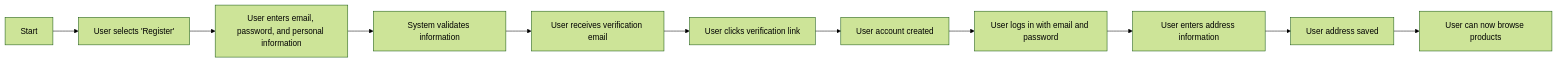
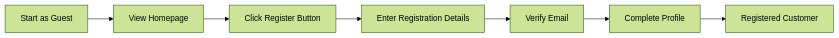
The first of 20 diagrams in mistralai/codestral-2508/shopping/docs/analysis/03-user-flows.md (wrtnlabs/autobe-examples), drawn with Mermaid (forest theme) before and after one commit. The commit also changed other lines of this file and 7173 other files, not shown here.

````diff
--- a/mistralai/codestral-2508/shopping/docs/analysis/03-user-flows.md
+++ b/mistralai/codestral-2508/shopping/docs/analysis/03-user-flows.md
@@ -21,13 +11,9 @@
 ```mermaid
-flowchart LR
-    A["Start"] --> B["User selects 'Register'"]
-    B --> C["User enters email, password, and personal information"]
-    C --> D["System validates information"]
-    D --> E["User receives verification email"]
-    E --> F["User clicks verification link"]
-    F --> G["User account created"]
-    G --> H["User logs in with email and password"]
-    H --> I["User enters address information"]
-    I --> J["User address saved"]
-    J --> K["User can now browse products"]
+graph LR
+    A["Start as Guest"] --> B["View Homepage"]
+    B --> C["Click Register Button"]
+    C --> D["Enter Registration Details"]
+    D --> E["Verify Email"]
+    E --> F["Complete Profile"]
+    F --> G["Registered Customer"]
 ```
````
